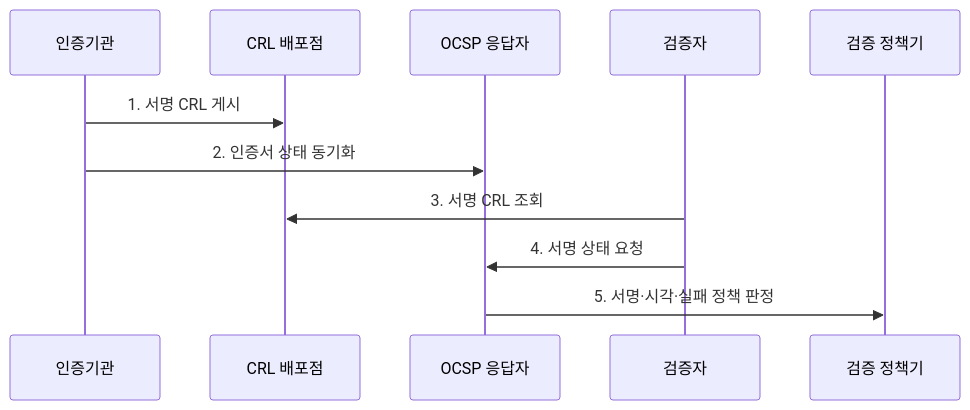
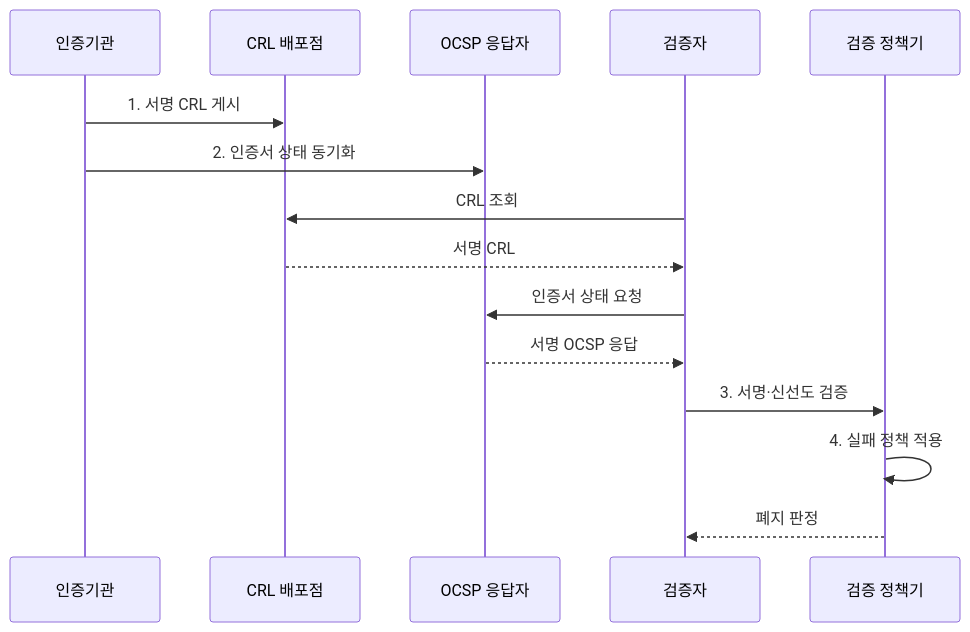
One commit to agnusdei1207/knowledge-base changed the second of 2 diagrams in src/content/docs/notes/05-security/010_crl_ocsp_certificate_revocation.md. Above: the diagram before and after it, drawn with Mermaid. The commit also changed other lines of this file and 20 other files, not shown here.

````diff
--- a/src/content/docs/notes/05-security/010_crl_ocsp_certificate_revocation.md
+++ b/src/content/docs/notes/05-security/010_crl_ocsp_certificate_revocation.md
@@ -86,13 +87,17 @@
 ```mermaid
 sequenceDiagram
     participant C as 인증기관
     participant L as CRL 배포점
     participant O as OCSP 응답자
     participant V as 검증자
     participant P as 검증 정책기
     C->>L: 1. 서명 CRL 게시
     C->>O: 2. 인증서 상태 동기화
-    V->>L: 3. 서명 CRL 조회
-    V->>O: 4. 서명 상태 요청
-    O->>P: 5. 서명·시각·실패 정책 판정
+    V->>L: CRL 조회
+    L-->>V: 서명 CRL
+    V->>O: 인증서 상태 요청
+    O-->>V: 서명 OCSP 응답
+    V->>P: 3. 서명·신선도 검증
+    P->>P: 4. 실패 정책 적용
+    P-->>V: 폐지 판정
 ```
````
